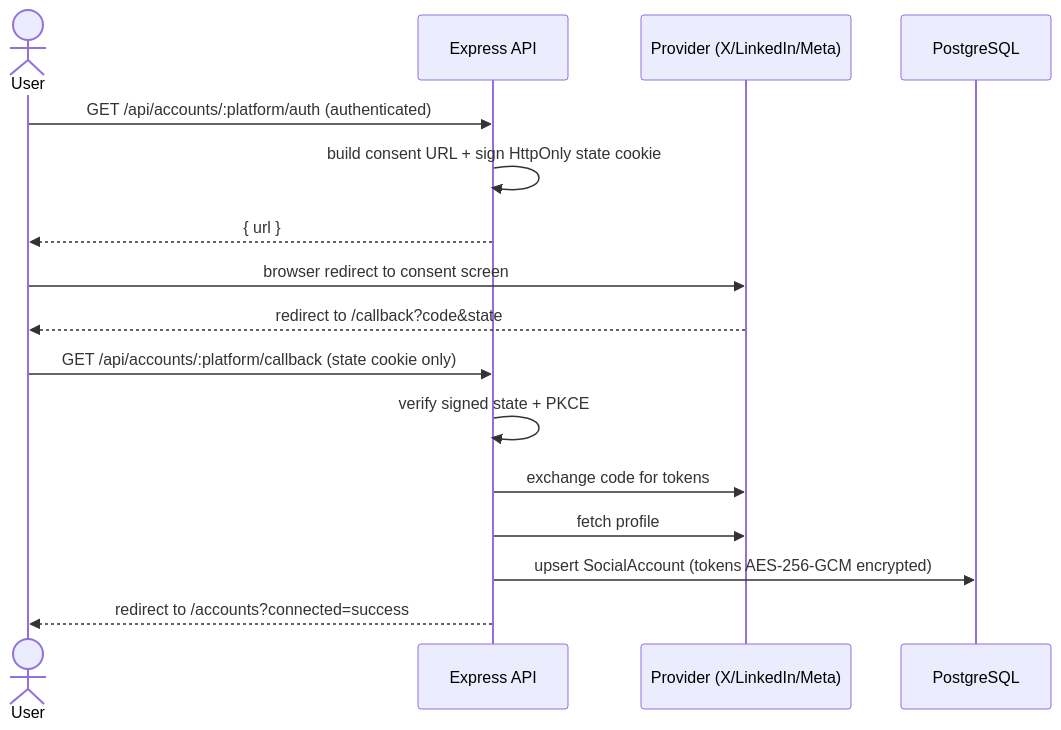
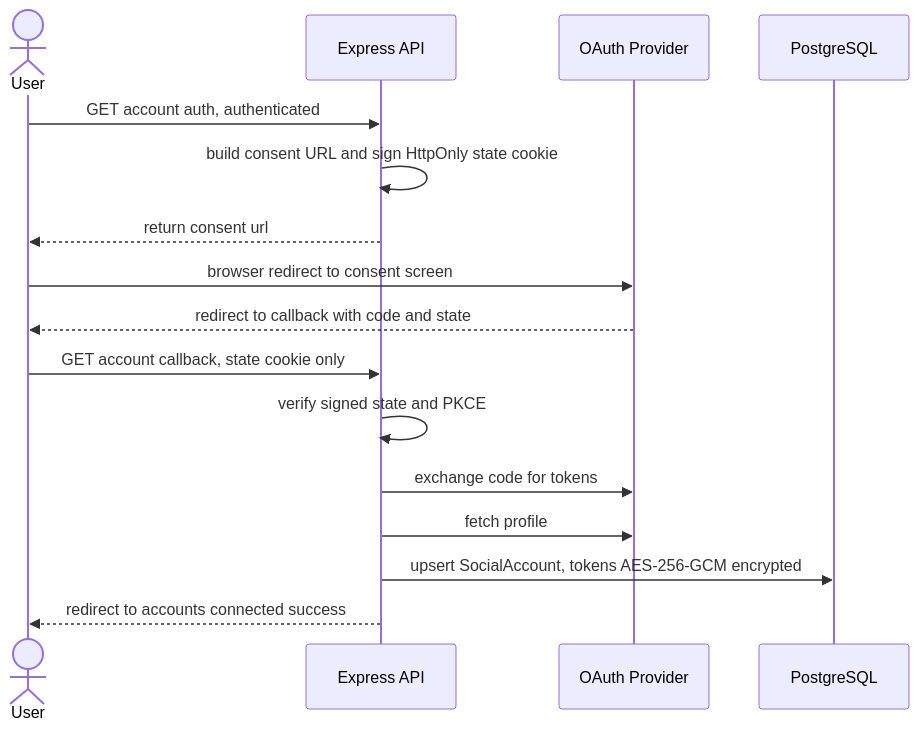
The third of 3 diagrams in README.md (charliehustlr1792/postpilot), drawn with Mermaid before and after one commit. The commit also changed other lines of this file, not shown here.

Commit message:
docs: update architecture

````diff
--- a/README.md
+++ b/README.md
@@ -100,19 +100,19 @@
 ```mermaid
 sequenceDiagram
     actor U as User
     participant API as Express API
-    participant P as Provider (X/LinkedIn/Meta)
+    participant P as OAuth Provider
     participant DB as PostgreSQL
 
-    U->>API: GET /api/accounts/:platform/auth (authenticated)
-    API->>API: build consent URL + sign HttpOnly state cookie
-    API-->>U: { url }
+    U->>API: GET account auth, authenticated
+    API->>API: build consent URL and sign HttpOnly state cookie
+    API-->>U: return consent url
     U->>P: browser redirect to consent screen
-    P-->>U: redirect to /callback?code&state
-    U->>API: GET /api/accounts/:platform/callback (state cookie only)
-    API->>API: verify signed state + PKCE
+    P-->>U: redirect to callback with code and state
+    U->>API: GET account callback, state cookie only
+    API->>API: verify signed state and PKCE
     API->>P: exchange code for tokens
     API->>P: fetch profile
-    API->>DB: upsert SocialAccount (tokens AES-256-GCM encrypted)
-    API-->>U: redirect to /accounts?connected=success
+    API->>DB: upsert SocialAccount, tokens AES-256-GCM encrypted
+    API-->>U: redirect to accounts connected success
 ```
````
